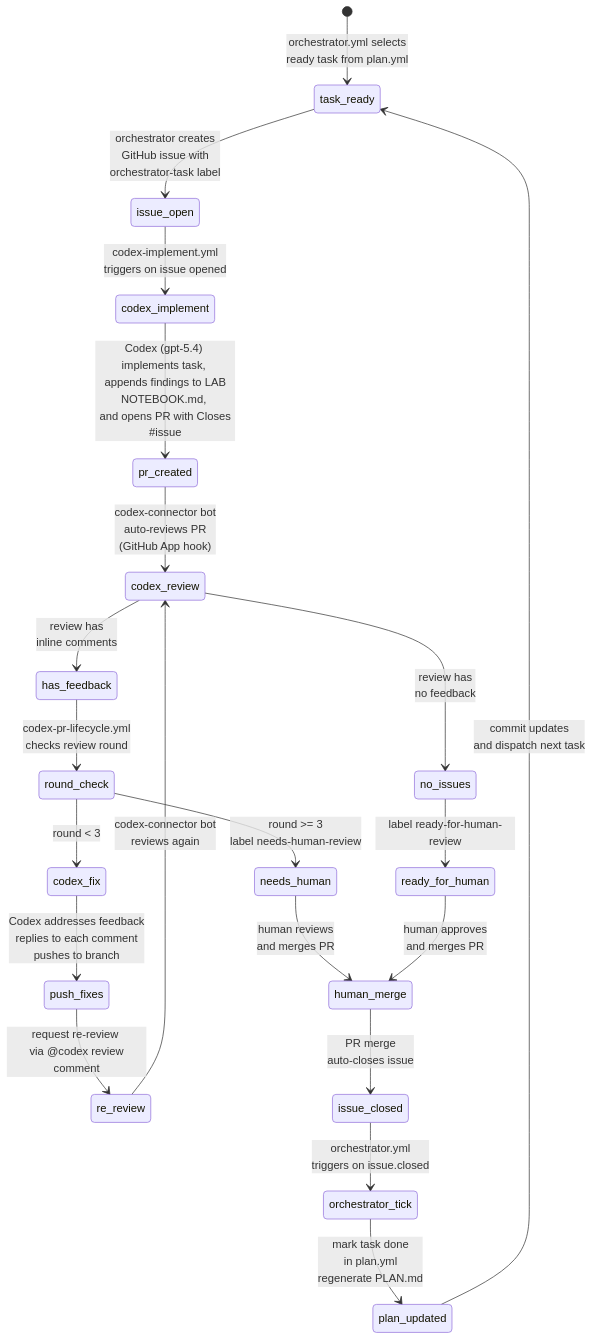
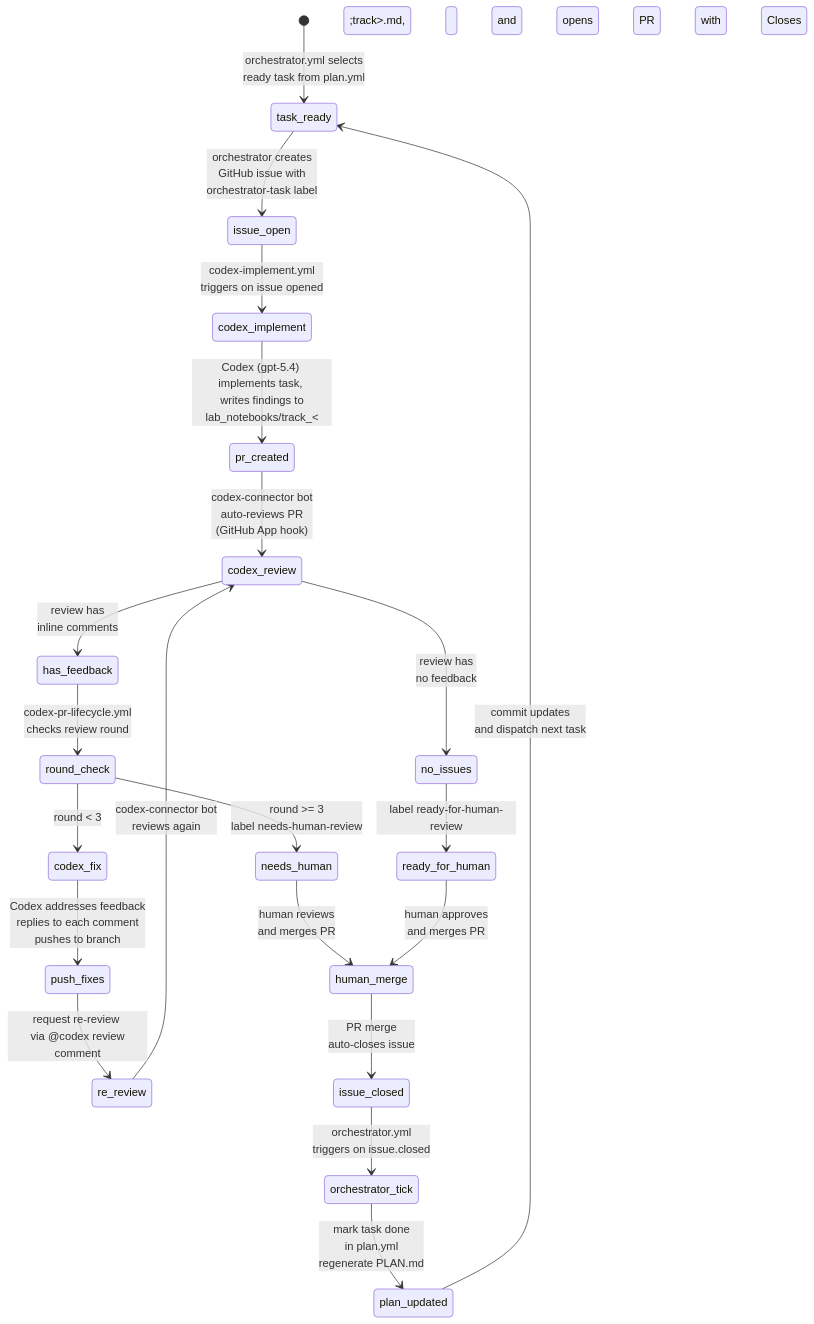
Before and after one commit to LorenaDerezanin/coli_phage_interactions_2023: the diagram in lyzortx/orchestration/README.md, drawn with Mermaid. The commit also changed other lines of this file and 2 other files, not shown here.

Commit message:
refactor: update orchestrator to write to per-track lab notebooks
- Add track field to Task dataclass
- Agent instruction now points to lab_notebooks/track_<track>.md
- Update plan.yml acceptance criteria references
- Update README.md diagram and agent instructions section

````diff
--- a/lyzortx/orchestration/README.md
+++ b/lyzortx/orchestration/README.md
@@ -10,40 +10,40 @@
 ```mermaid
 stateDiagram-v2
     [*] --> task_ready : orchestrator.yml selects <br> ready task from plan.yml
 
     task_ready --> issue_open : orchestrator creates <br> GitHub issue with <br> orchestrator-task label
 
     issue_open --> codex_implement : codex-implement.yml <br> triggers on issue opened
 
-    codex_implement --> pr_created : Codex (gpt-5.4) implements task, <br> appends findings to LAB NOTEBOOK.md, <br> and opens PR with Closes #issue
+    codex_implement --> pr_created : Codex (gpt-5.4) implements task, <br> writes findings to lab_notebooks/track_&lt;track&gt;.md, <br> and opens PR with Closes #issue
 
     pr_created --> codex_review : codex-connector bot <br> auto-reviews PR <br> (GitHub App hook)
 
     codex_review --> has_feedback : review has <br> inline comments
     codex_review --> no_issues : review has <br> no feedback
 
     has_feedback --> round_check : codex-pr-lifecycle.yml <br> checks review round
 
     round_check --> codex_fix : round < 3
     round_check --> needs_human : round >= 3 <br> label needs-human-review
 
     codex_fix --> push_fixes : Codex addresses feedback <br> replies to each comment <br> pushes to branch
 
     push_fixes --> re_review : request re-review <br> via @codex review comment
 
     re_review --> codex_review : codex-connector bot <br> reviews again
 
     needs_human --> human_merge : human reviews <br> and merges PR
 
     no_issues --> ready_for_human : label ready-for-human-review
 
     ready_for_human --> human_merge : human approves <br> and merges PR
 
     human_merge --> issue_closed : PR merge <br> auto-closes issue
 
     issue_closed --> orchestrator_tick : orchestrator.yml <br> triggers on issue.closed
 
     orchestrator_tick --> plan_updated : mark task done <br> in plan.yml <br> regenerate PLAN.md
 
     plan_updated --> task_ready : commit updates <br> and dispatch next task
 ```
````
